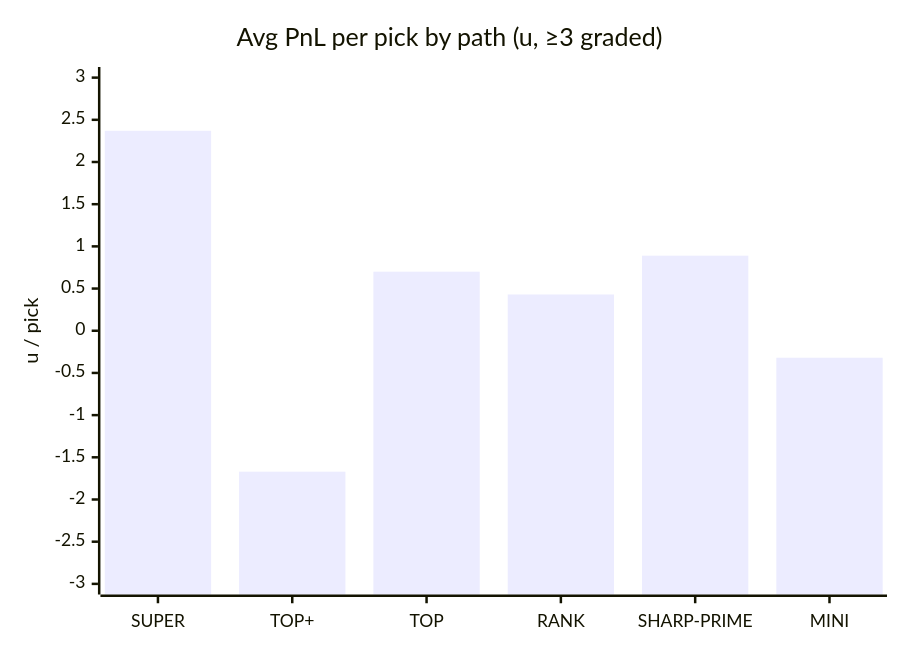
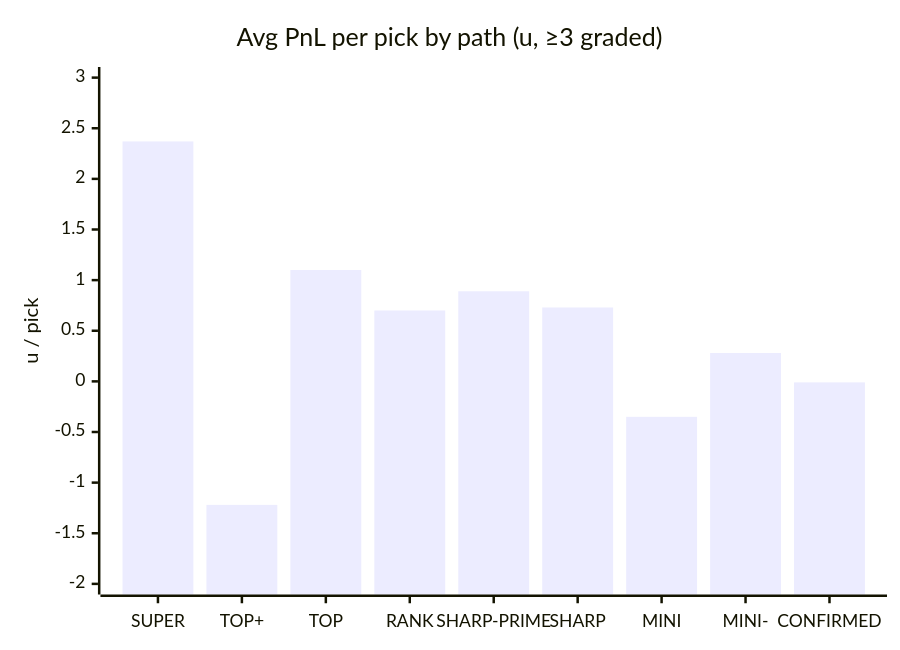
One commit to dpk1212/nhl-savant changed the third of 5 diagrams in DAILY_AGSU_REPORT.md. Above: the diagram before and after it, drawn with Mermaid. The commit also changed other lines of this file, not shown here.

````diff
--- a/DAILY_AGSU_REPORT.md
+++ b/DAILY_AGSU_REPORT.md
@@ -316,7 +326,7 @@
 ```mermaid
 xychart-beta
     title "Avg PnL per pick by path (u, ≥3 graded)"
-    x-axis ["SUPER", "TOP+", "TOP", "RANK", "SHARP-PRIME", "MINI"]
-    y-axis "u / pick" -3 --> 3
-    bar [2.37, -1.67, 0.7, 0.43, 0.89, -0.32]
+    x-axis ["SUPER", "TOP+", "TOP", "RANK", "SHARP-PRIME", "SHARP", "MINI", "MINI-", "CONFIRMED"]
+    y-axis "u / pick" -2 --> 3
+    bar [2.37, -1.22, 1.1, 0.7, 0.89, 0.73, -0.35, 0.28, -0.01]
 ```
````
